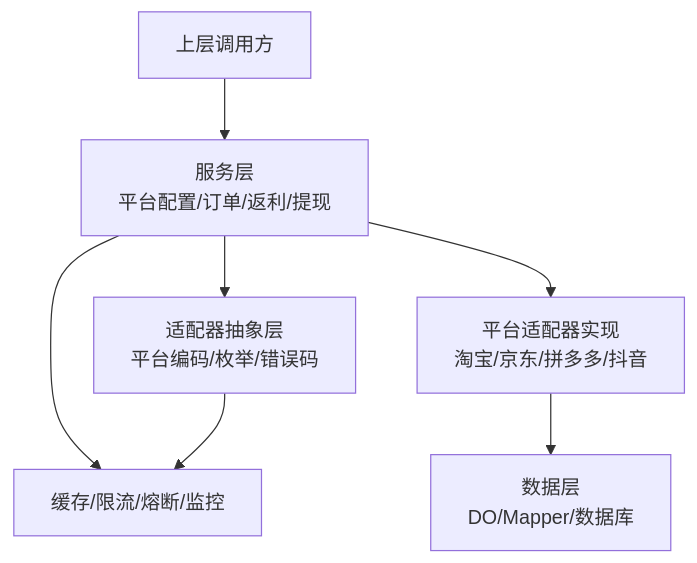
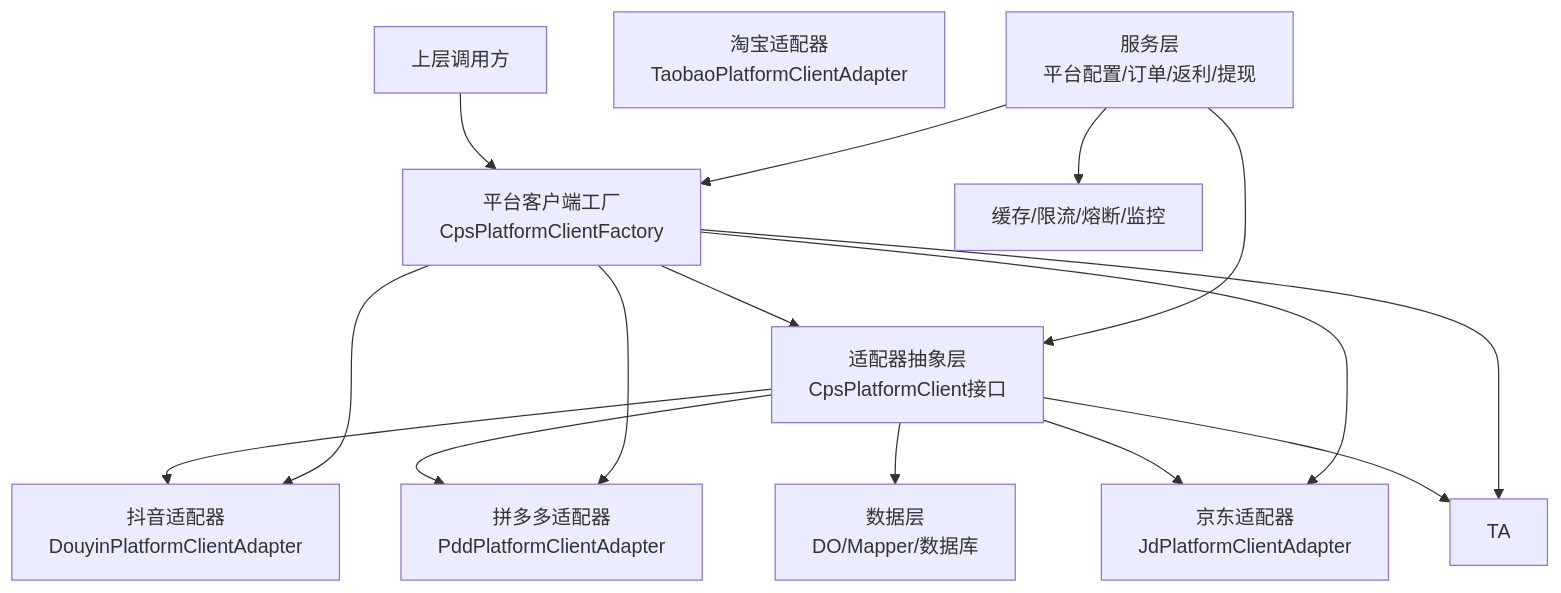
The second of 8 diagrams in .qoder/repowiki/zh/content/后端服务架构/业务模块概览/CPS业务模块/平台适配器系统.md (zhuangpengLI/AgenticCPS), drawn with Mermaid before and after one commit. The commit also changed other lines of this file and 42 other files, not shown here.

````diff
--- a/.qoder/repowiki/zh/content/后端服务架构/业务模块概览/CPS业务模块/平台适配器系统.md
+++ b/.qoder/repowiki/zh/content/后端服务架构/业务模块概览/CPS业务模块/平台适配器系统.md
@@ -133,15 +212,27 @@
 ```mermaid
 graph TB
 UA["上层调用方"]
-SA["适配器抽象层<br/>平台编码/枚举/错误码"]
-AD["平台适配器实现<br/>淘宝/京东/拼多多/抖音"]
+SA["适配器抽象层<br/>CpsPlatformClient接口"]
+PF["平台客户端工厂<br/>CpsPlatformClientFactory"]
+TAO["淘宝适配器<br/>TaobaoPlatformClientAdapter"]
+JD["京东适配器<br/>JdPlatformClientAdapter"]
+PDD["拼多多适配器<br/>PddPlatformClientAdapter"]
+DY["抖音适配器<br/>DouyinPlatformClientAdapter"]
 SV["服务层<br/>平台配置/订单/返利/提现"]
 DL["数据层<br/>DO/Mapper/数据库"]
 CF["缓存/限流/熔断/监控"]
-UA --> SV
+UA --> PF
+PF --> SA
+SA --> TA
+SA --> JD
+SA --> PDD
+SA --> DY
+PF --> TA
+PF --> JD
+PF --> PDD
+PF --> DY
 SV --> SA
-SV --> AD
-AD --> DL
+SV --> PF
+SA --> DL
 SV --> CF
-SA --> CF
 ```
````
